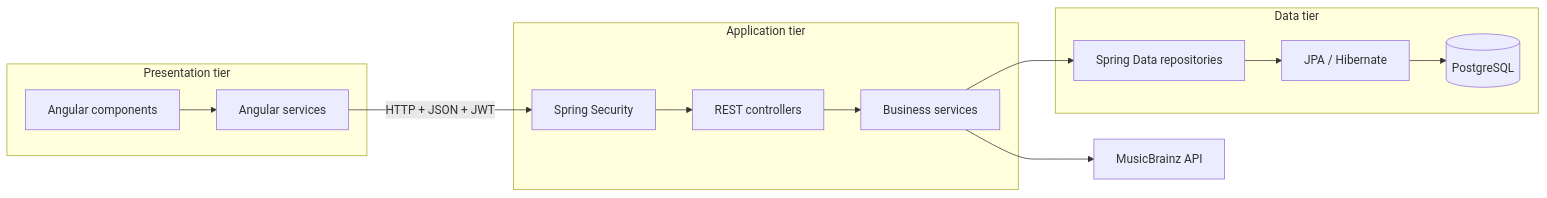
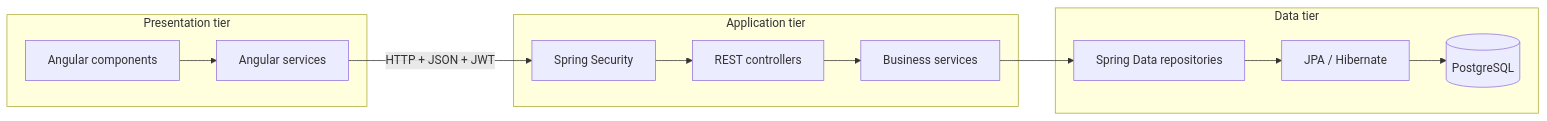
Before and after one commit to jannagudumac/music-wall: the first of 6 diagrams in docs/architecture-and-defense.md, drawn with Mermaid. The commit also changed other lines of this file and 62 other files, not shown here.

````diff
--- a/docs/architecture-and-defense.md
+++ b/docs/architecture-and-defense.md
@@ -19,24 +19,23 @@
 ```mermaid
 flowchart LR
   subgraph Presentation[Presentation tier]
     C[Angular components]
     AS[Angular services]
     C --> AS
   end
   subgraph Application[Application tier]
     CT[REST controllers]
     BS[Business services]
     SEC[Spring Security]
     CT --> BS
     SEC --> CT
   end
   subgraph Data[Data tier]
     R[Spring Data repositories]
     H[JPA / Hibernate]
     PG[(PostgreSQL)]
     R --> H --> PG
   end
   AS -->|HTTP + JSON + JWT| SEC
   BS --> R
-  BS --> MB[MusicBrainz API]
 ```
````
